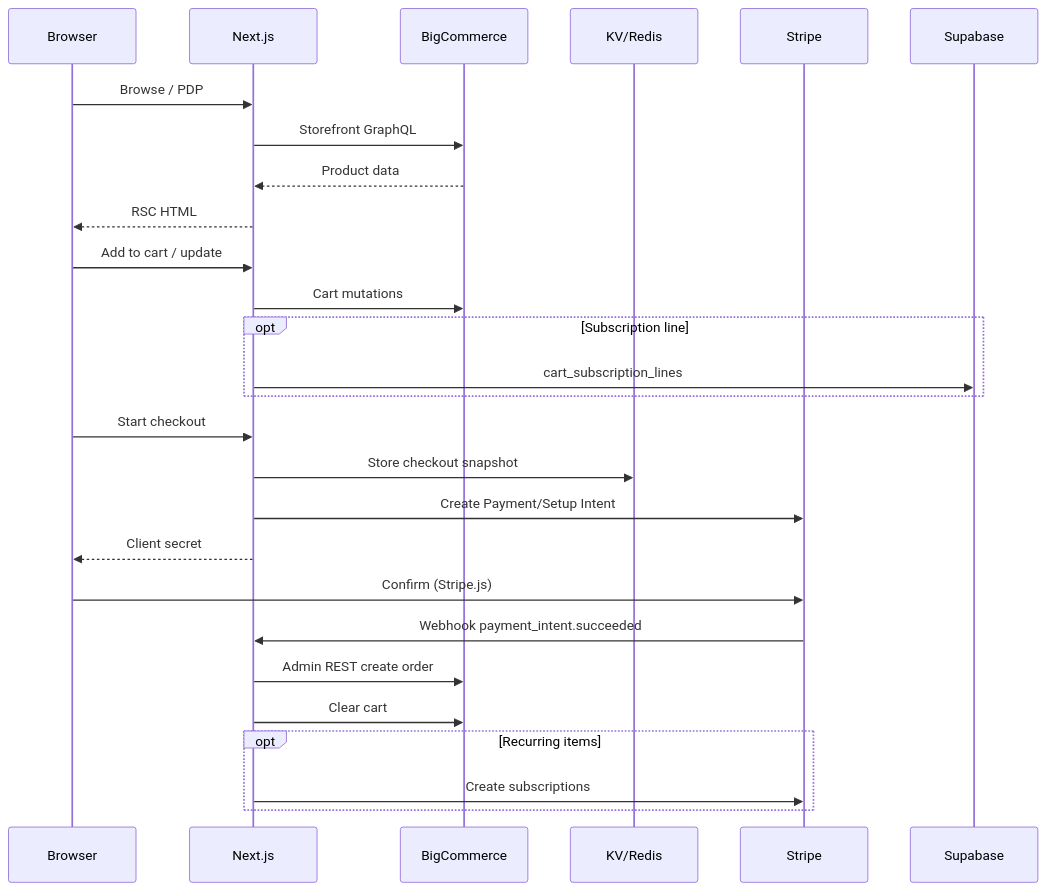
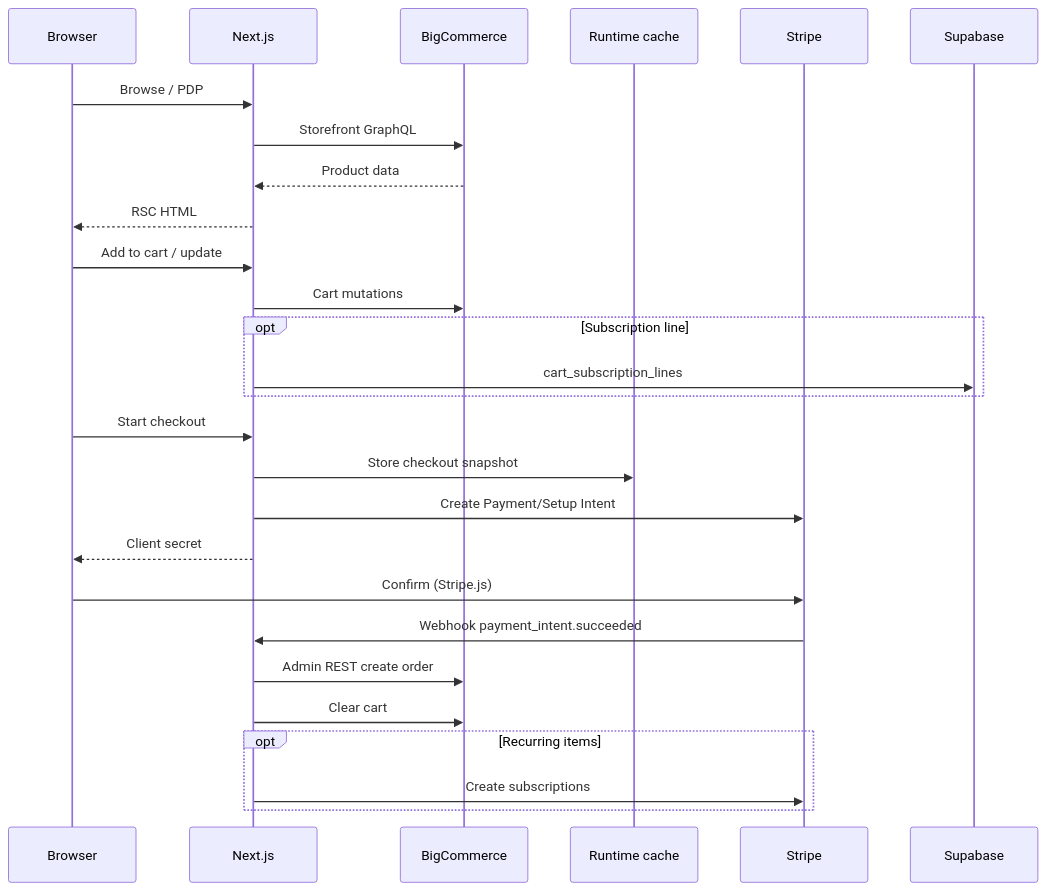
The second of 5 diagrams in docs/Liivv-Architecture-Deep-Dive.md (lolo19950603/liivv-test-catalyst-app), drawn with Mermaid before and after one commit. The commit also changed other lines of this file and 17 other files, not shown here.

````diff
--- a/docs/Liivv-Architecture-Deep-Dive.md
+++ b/docs/Liivv-Architecture-Deep-Dive.md
@@ -101,33 +100,33 @@
 ```mermaid
 sequenceDiagram
   participant U as Browser
   participant N as Next.js
   participant BC as BigCommerce
-  participant KV as KV/Redis
+  participant KV as Runtime cache
   participant ST as Stripe
   participant SB as Supabase
 
   U->>N: Browse / PDP
   N->>BC: Storefront GraphQL
   BC-->>N: Product data
   N-->>U: RSC HTML
 
   U->>N: Add to cart / update
   N->>BC: Cart mutations
   opt Subscription line
     N->>SB: cart_subscription_lines
   end
 
   U->>N: Start checkout
   N->>KV: Store checkout snapshot
   N->>ST: Create Payment/Setup Intent
   N-->>U: Client secret
   U->>ST: Confirm (Stripe.js)
 
   ST->>N: Webhook payment_intent.succeeded
   N->>BC: Admin REST create order
   N->>BC: Clear cart
   opt Recurring items
     N->>ST: Create subscriptions
   end
 ```
````
